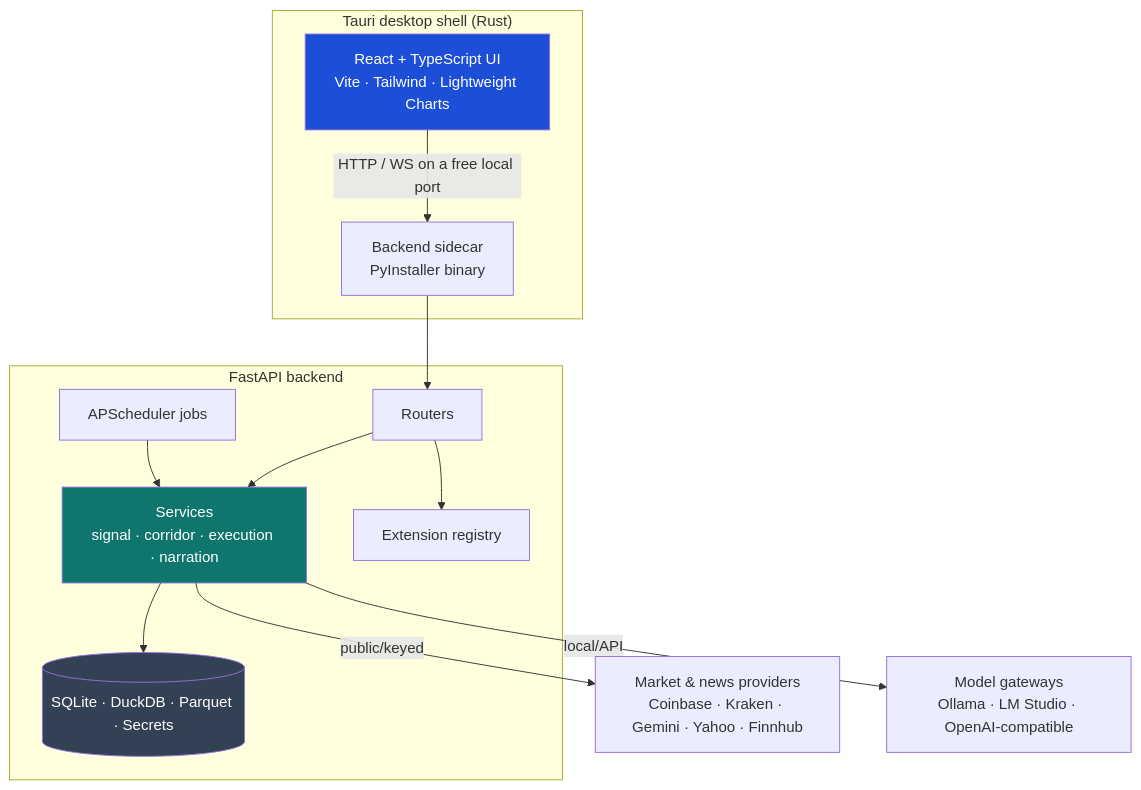
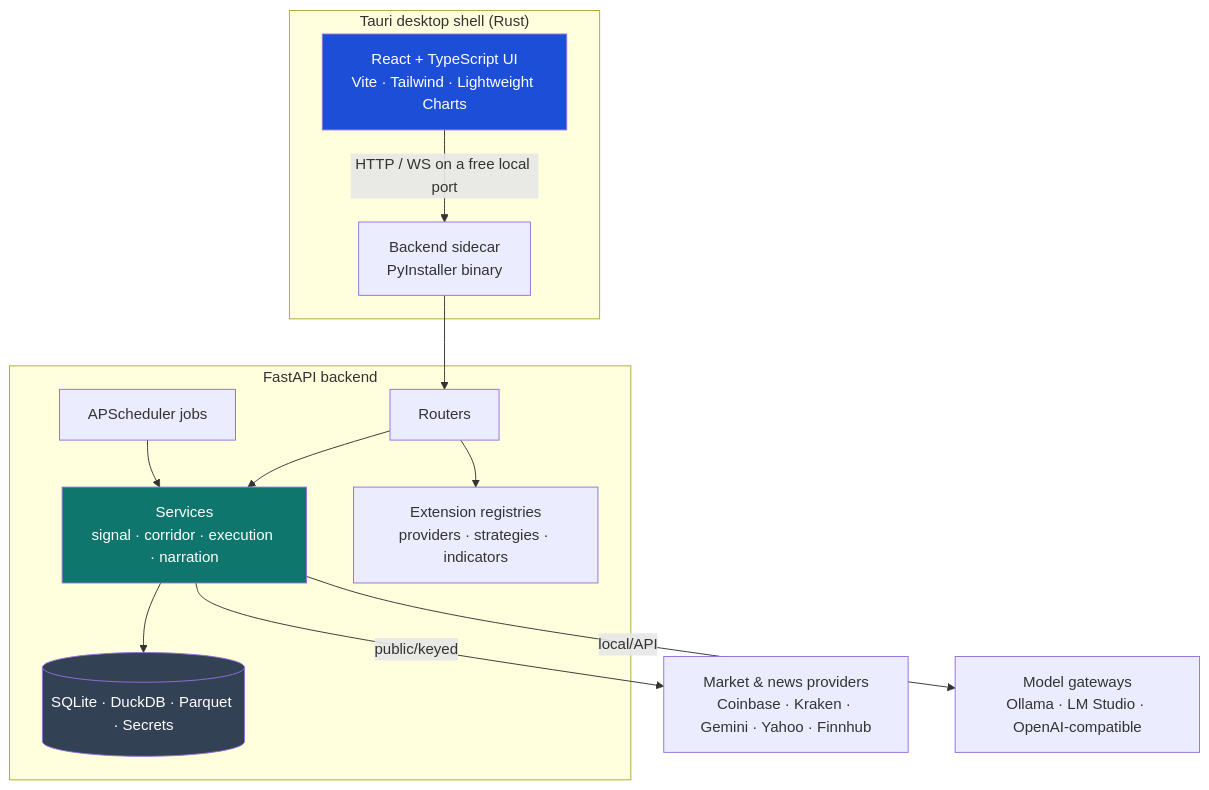
Before and after one commit to quantglass-labs/quantglass: the diagram in docs/technical/README.md, drawn with Mermaid. The commit also changed 20 other files, not shown here.

Commit message:
Expand extension plumbing and registries

````diff
--- a/docs/technical/README.md
+++ b/docs/technical/README.md
@@ -30,23 +30,23 @@
 ```mermaid
 flowchart TB
     subgraph Desktop["Tauri desktop shell (Rust)"]
         UI[React + TypeScript UI<br/>Vite · Tailwind · Lightweight Charts]
         SIDE[Backend sidecar<br/>PyInstaller binary]
     end
     UI -- "HTTP / WS on a free local port" --> SIDE
     subgraph Backend["FastAPI backend"]
         ROUT[Routers]
         SVC[Services<br/>signal · corridor · execution · narration]
-        PLUG[Extension registry]
+        PLUG[Extension registries<br/>providers · strategies · indicators]
         SCHED[APScheduler jobs]
         STORE[(SQLite · DuckDB · Parquet · Secrets)]
     end
     SIDE --> ROUT --> SVC --> STORE
     ROUT --> PLUG
     SCHED --> SVC
     SVC -- public/keyed --> EXT[Market & news providers<br/>Coinbase · Kraken · Gemini · Yahoo · Finnhub]
     SVC -- local/API --> OLL[Model gateways<br/>Ollama · LM Studio · OpenAI-compatible]
     style UI fill:#1d4ed8,color:#fff
     style SVC fill:#0f766e,color:#fff
     style STORE fill:#334155,color:#fff
 ```
````
